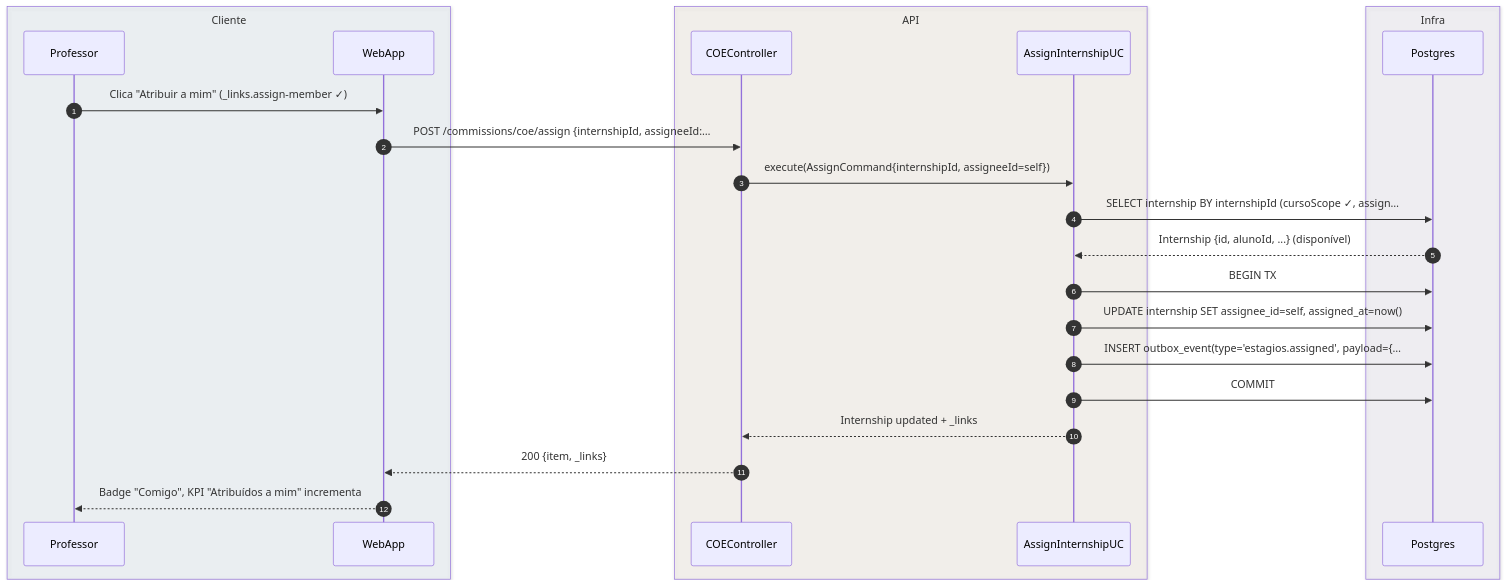
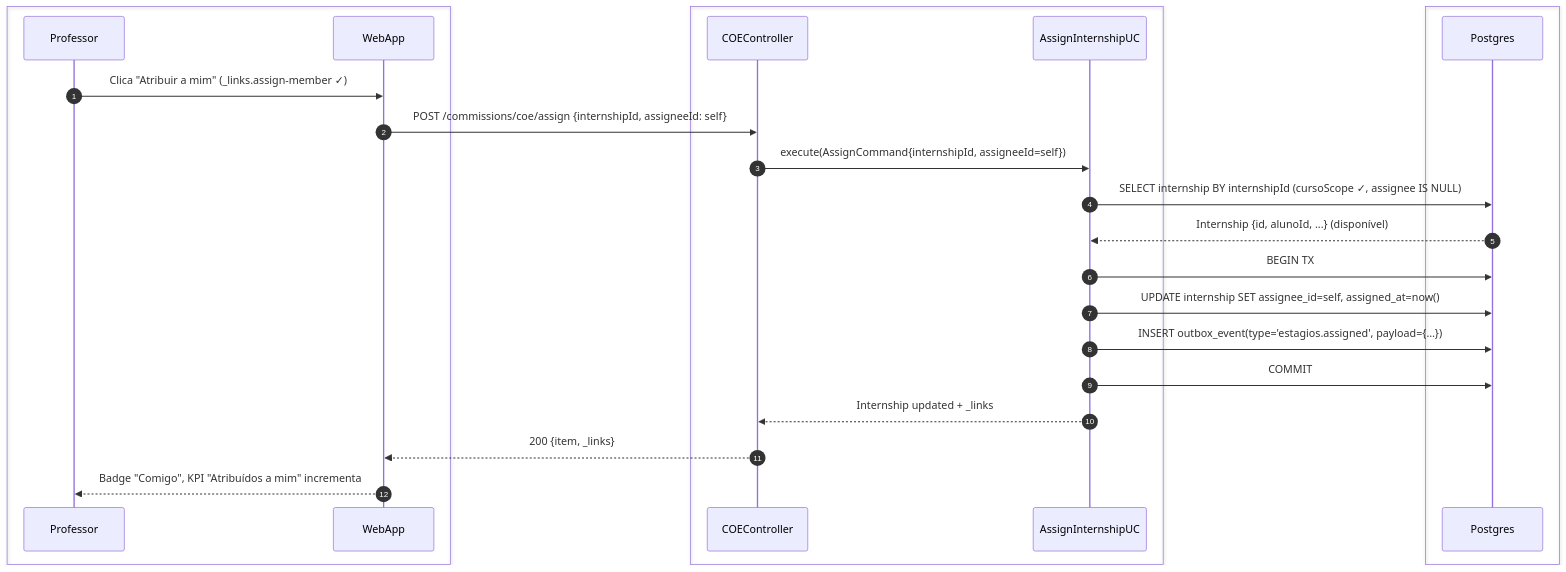
Before and after one commit to umishell/secretariaOnline2: the second of 5 diagrams in foundationDocs/sequenceDiagrams/F4 — Comissões/US-F4-002-COMISSAO-COE.md, drawn with Mermaid. The commit also changed other lines of this file and 70 other files, not shown here.

First line of the commit message:
Enhance database documentation and introduce new schema files

````diff
--- a/foundationDocs/sequenceDiagrams/F4 — Comissões/US-F4-002-COMISSAO-COE.md
+++ b/foundationDocs/sequenceDiagrams/F4 — Comissões/US-F4-002-COMISSAO-COE.md
@@ -94,28 +94,28 @@
 ```mermaid
 sequenceDiagram
     autonumber
-    box rgba(230,245,255,0.3) Cliente
+    box #f4f4f4 Cliente
         participant Professor
         participant WebApp
     end
-    box rgba(255,245,230,0.3) API
+    box #f4f4f4 API
         participant CTRL as COEController
         participant UC as AssignInternshipUC
     end
-    box rgba(245,240,255,0.3) Infra
+    box #f4f4f4 Infra
         participant DB as Postgres
     end
 
     Professor->>WebApp: Clica "Atribuir a mim" (_links.assign-member ✓)
-    WebApp->>CTRL: POST /commissions/coe/assign {internshipId, assigneeId:…
+    WebApp->>CTRL: POST /commissions/coe/assign {internshipId, assigneeId: self}
     CTRL->>UC: execute(AssignCommand{internshipId, assigneeId=self})
-    UC->>DB: SELECT internship BY internshipId (cursoScope ✓, assign…
+    UC->>DB: SELECT internship BY internshipId (cursoScope ✓, assignee IS NULL)
     DB-->>UC: Internship {id, alunoId, ...} (disponível)
     UC->>DB: BEGIN TX
     UC->>DB: UPDATE internship SET assignee_id=self, assigned_at=now()
-    UC->>DB: INSERT outbox_event(type='estagios.assigned', payload={…
+    UC->>DB: INSERT outbox_event(type='estagios.assigned', payload={…})
     UC->>DB: COMMIT
     UC-->>CTRL: Internship updated + _links
     CTRL-->>WebApp: 200 {item, _links}
     WebApp-->>Professor: Badge "Comigo", KPI "Atribuídos a mim" incrementa
 ```
````
